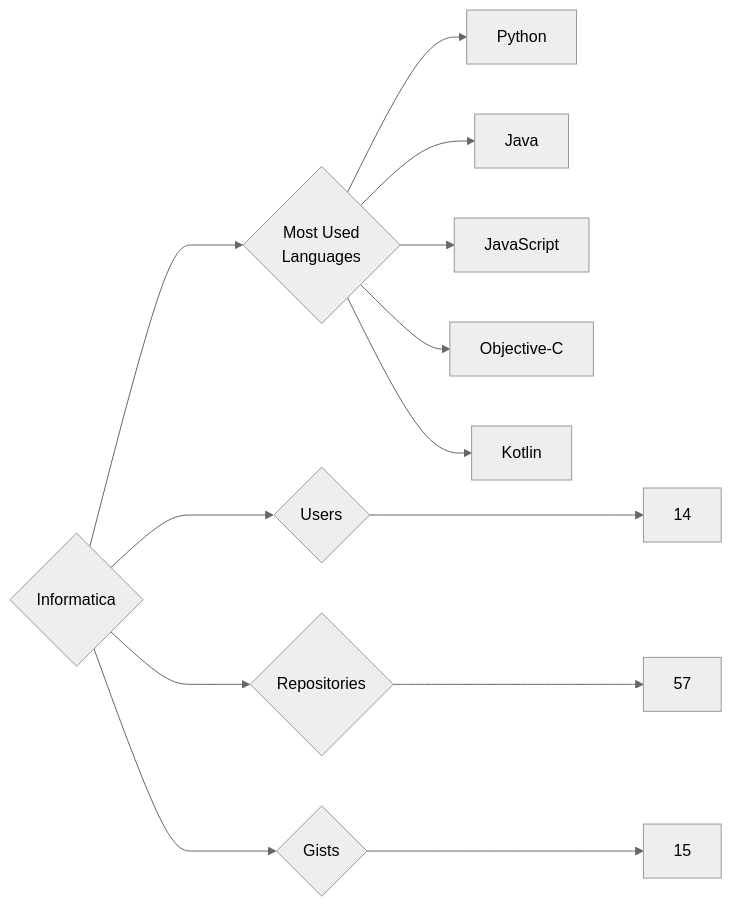
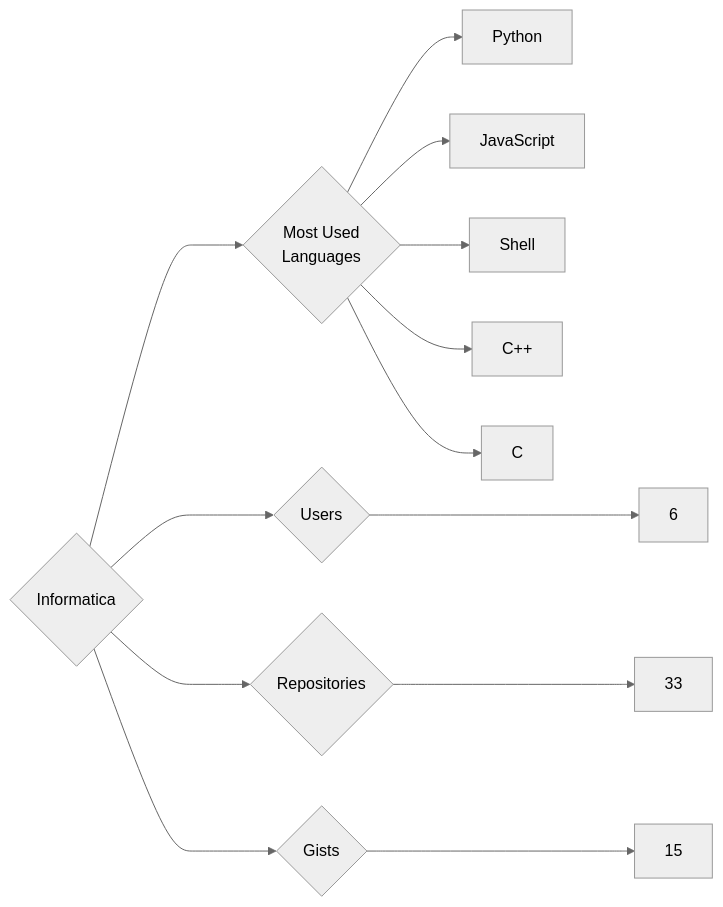
The diagram in targets/Informatica/README.md (trickest/insiders), drawn with Mermaid (neutral theme) before and after one commit. The commit also changed 860 other files, not shown here.

````diff
--- a/targets/Informatica/README.md
+++ b/targets/Informatica/README.md
@@ -3,13 +3,13 @@
 ```mermaid
 graph LR
 COMPANY_NAME{Informatica}
-COMPANY_NAME ---> U{Users} ---> UN[14]
-COMPANY_NAME ---> R{Repositories} ---> RN[57]
+COMPANY_NAME ---> U{Users} ---> UN[6]
+COMPANY_NAME ---> R{Repositories} ---> RN[33]
 COMPANY_NAME ---> G{Gists} ---> GN[15]
 COMPANY_NAME ---> ML{Most Used<br>Languages}
 ML --> Python[Python]
-ML --> Java[Java]
 ML --> JavaScript[JavaScript]
-ML --> Objective-C[Objective-C]
-ML --> Kotlin[Kotlin]
+ML --> Shell[Shell]
+ML --> C++[C++]
+ML --> C[C]
 ```
````
